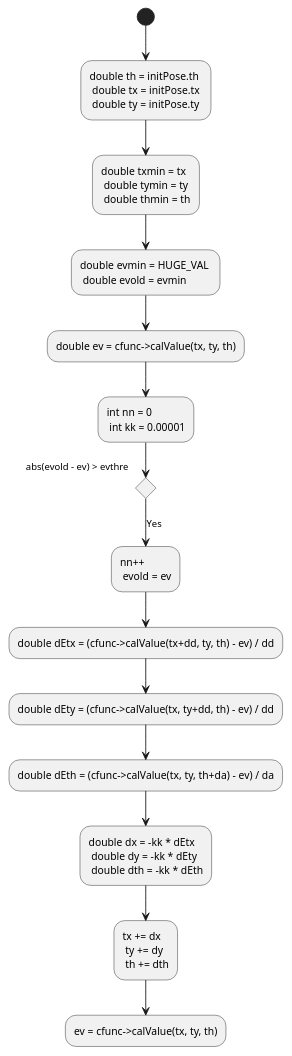
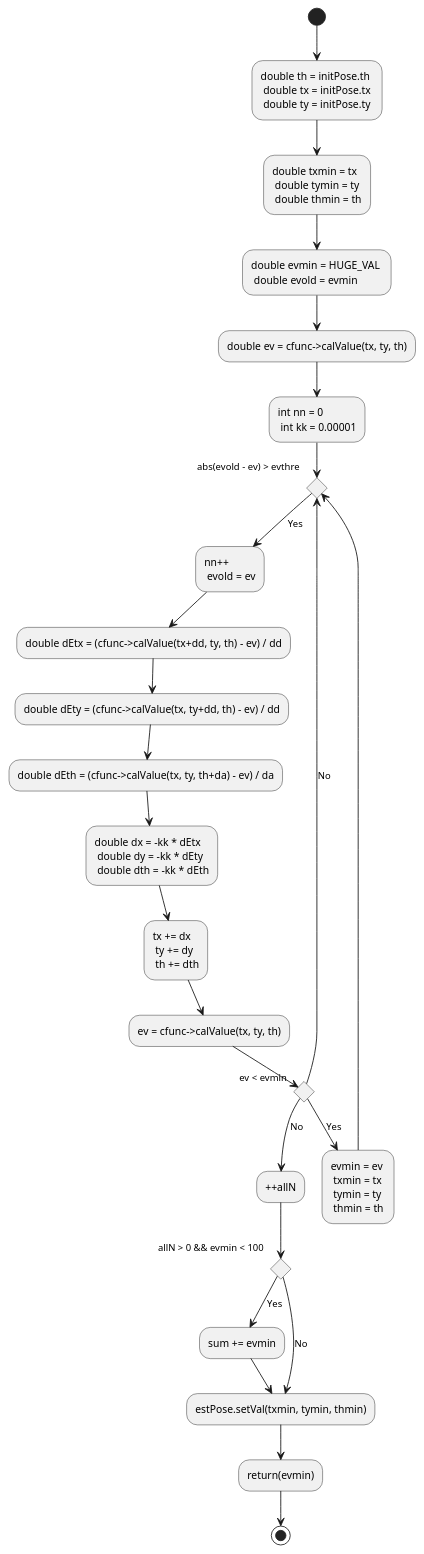
Before and after one commit to ShisatoYano/SLAMDesignUML: the diagram in PlantUML/PoseOptimizer/PoseOptimizerSD/PoseOptimizerSD_Activity_optimizePose.puml, drawn with PlantUML.

Commit message:
update activity to optimize pose by sd.

```diff
--- a/PlantUML/PoseOptimizer/PoseOptimizerSD/PoseOptimizerSD_Activity_optimizePose.puml
+++ b/PlantUML/PoseOptimizer/PoseOptimizerSD/PoseOptimizerSD_Activity_optimizePose.puml
@@ -1,22 +1,36 @@
 @startuml
 
 /'
     fix data association
     estimate robot pose by steepest descent
 '/
 
 (*) --> "double th = initPose.th \n double tx = initPose.tx \n double ty = initPose.ty"
 --> "double txmin = tx \n double tymin = ty \n double thmin = th"
 --> "double evmin = HUGE_VAL \n double evold = evmin"
 --> "double ev = cfunc->calValue(tx, ty, th)"
 --> "int nn = 0 \n int kk = 0.00001"
 --> if "abs(evold - ev) > evthre" as judge_ev then
         --> [Yes] "nn++ \n evold = ev"
         --> "double dEtx = (cfunc->calValue(tx+dd, ty, th) - ev) / dd"
         --> "double dEty = (cfunc->calValue(tx, ty+dd, th) - ev) / dd"
         --> "double dEth = (cfunc->calValue(tx, ty, th+da) - ev) / da"
         --> "double dx = -kk * dEtx \n double dy = -kk * dEty \n double dth = -kk * dEth"
         --> "tx += dx \n ty += dy \n th += dth"
         --> "ev = cfunc->calValue(tx, ty, th)"
+        --> if "ev < evmin" as judge_evmin then
+                --> [Yes] "evmin = ev \n txmin = tx \n tymin = ty \n thmin = th"
+                --> judge_ev
+            else
+                --> [No] judge_ev
+    else
+        --> [No] "++allN"
+--> if "allN > 0 && evmin < 100"
+        --> [Yes] "sum += evmin"
+        --> estPose.setVal(txmin, tymin, thmin)
+    else
+        --> [No] estPose.setVal(txmin, tymin, thmin)
+--> "return(evmin)"
+--> (*)
 
 @enduml
```
